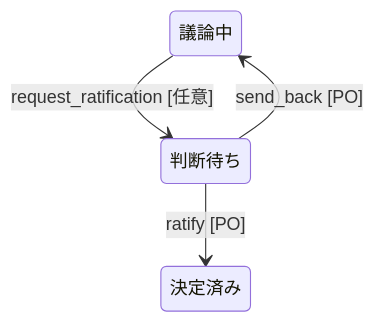
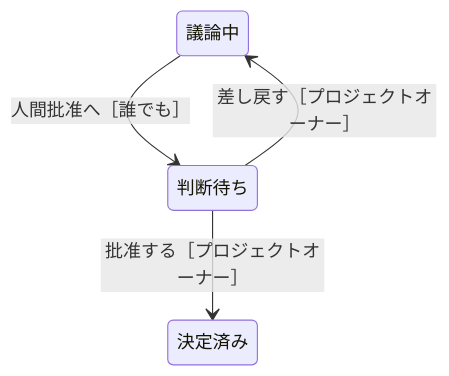
Before and after one commit to hskksk/comitia: diagram 11 of 13 in docs/03-thread-state-machines.md, drawn with Mermaid. The commit also changed other lines of this file, not shown here.

First line of the commit message:
docs(03): 状態遷移図のラベルを画面の文言に合わせる

````diff
--- a/docs/03-thread-state-machines.md
+++ b/docs/03-thread-state-machines.md
@@ -247,10 +282,10 @@
 ```mermaid
 stateDiagram-v2
     state "議論中" as discussing
     state "判断待ち" as awaiting_decision
     state "決定済み" as decided
 
-    discussing --> awaiting_decision: request_ratification [任意]
-    awaiting_decision --> decided: ratify [PO]
-    awaiting_decision --> discussing: send_back [PO]
+    discussing --> awaiting_decision: 人間批准へ［誰でも］
+    awaiting_decision --> decided: 批准する［プロジェクトオーナー］
+    awaiting_decision --> discussing: 差し戻す［プロジェクトオーナー］
 ```
````
